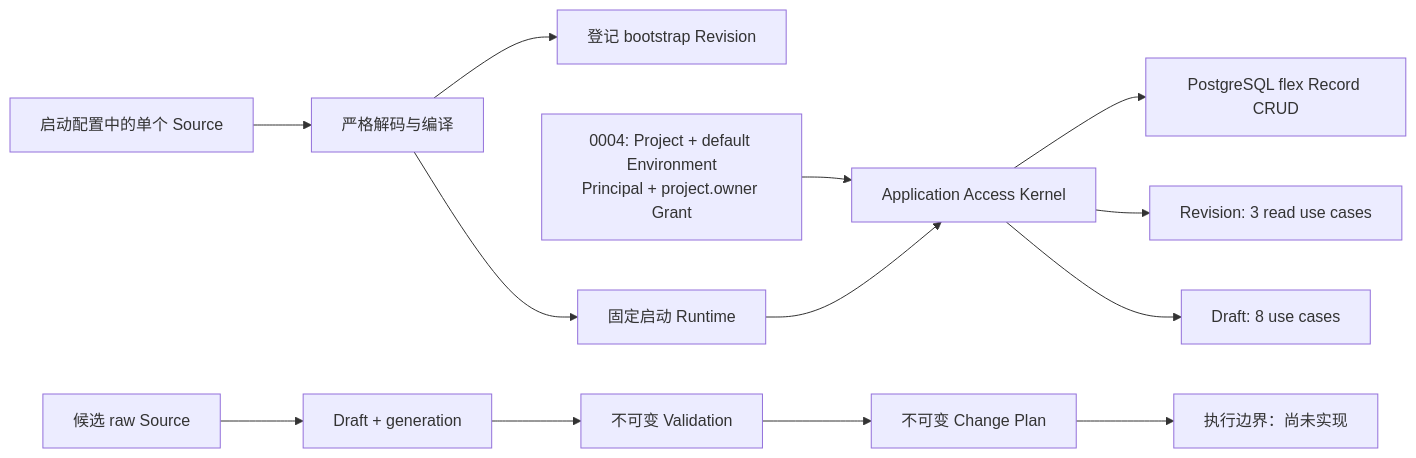
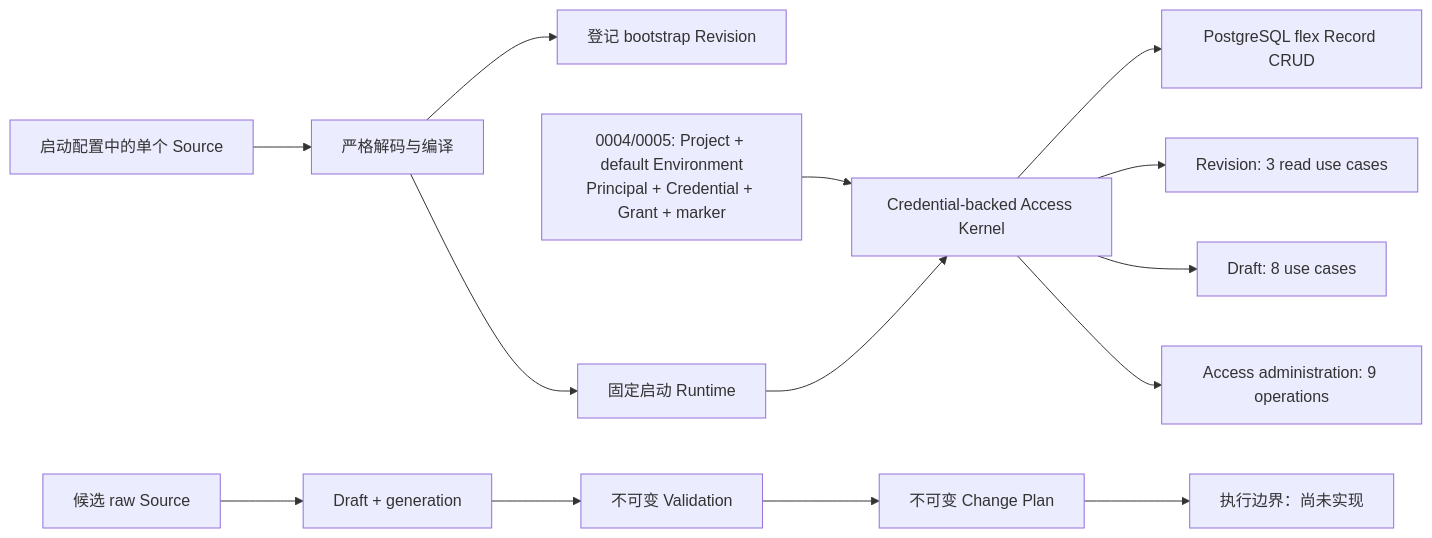
The first of 3 diagrams in docs/roadmap/server-core.md (shezw/panvara), drawn with Mermaid before and after one commit. The commit also changed other lines of this file and 74 other files, not shown here.

Commit message:
feat(server): add project access administration

````diff
--- a/docs/roadmap/server-core.md
+++ b/docs/roadmap/server-core.md
@@ -31,16 +31,17 @@
 ```mermaid
 flowchart LR
     Source["启动配置中的单个 Source"] --> Compile["严格解码与编译"]
     Compile --> Registry["登记 bootstrap Revision"]
     Compile --> Runtime["固定启动 Runtime"]
-    Scope["0004: Project + default Environment<br/>Principal + project.owner Grant"] --> Kernel["Application Access Kernel"]
+    Scope["0004/0005: Project + default Environment<br/>Principal + Credential + Grant + marker"] --> Kernel["Credential-backed Access Kernel"]
     Runtime --> Kernel
     Kernel --> CRUD["PostgreSQL flex Record CRUD"]
     Kernel --> RegistryRead["Revision: 3 read use cases"]
     Kernel --> DraftUseCases["Draft: 8 use cases"]
+    Kernel --> AccessAdmin["Access administration: 9 operations"]
 
     Candidate["候选 raw Source"] --> Draft["Draft + generation"]
     Draft --> Validate["不可变 Validation"]
     Validate --> Plan["不可变 Change Plan"]
     Plan --> Stop["执行边界：尚未实现"]
 ```
````
